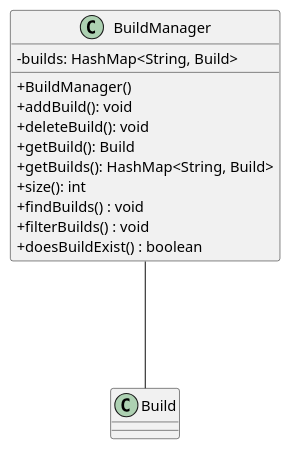
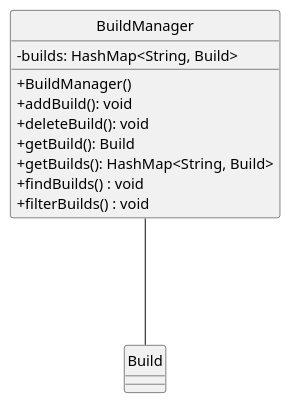
The diagram in docs/puml/BuildManager.puml (nus-cs2113-AY2223S1/tp), drawn with PlantUML before and after one commit. The commit also changed 2 other files, not shown here.

Commit message:
Removed acknowledgements and the circle for UML diagrams

```diff
--- a/docs/puml/BuildManager.puml
+++ b/docs/puml/BuildManager.puml
@@ -1,23 +1,21 @@
 @startuml
-'https://plantuml.com/class-diagram
+hide circle
 
 skinparam classAttributeIconSize 0
 class BuildManager {
     -builds: HashMap<String, Build>
 
     +BuildManager()
     +addBuild(): void
     +deleteBuild(): void
     +getBuild(): Build
     +getBuilds(): HashMap<String, Build>
-    +size(): int
     +findBuilds() : void
     +filterBuilds() : void
-    +doesBuildExist() : boolean
 }
 
 class Build {
 }
 
 BuildManager --- Build
 @enduml
```
